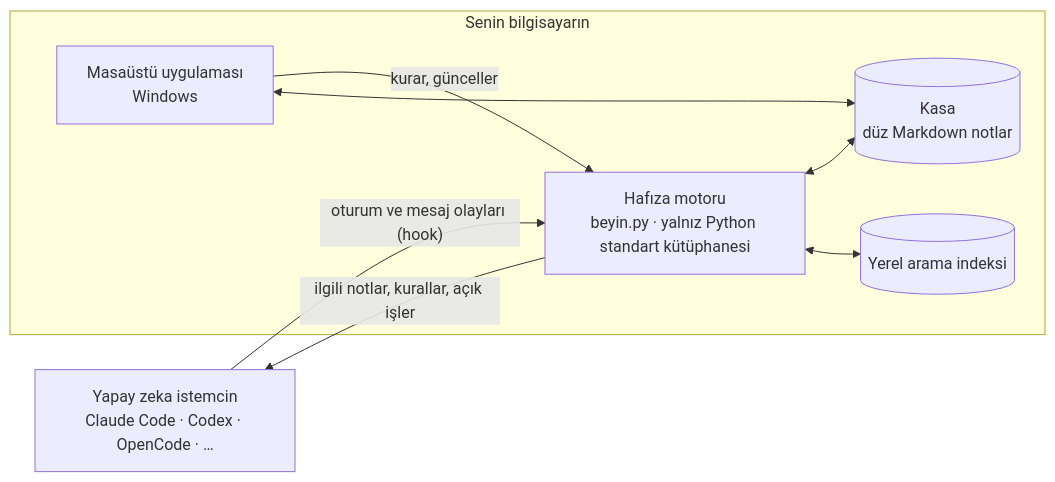
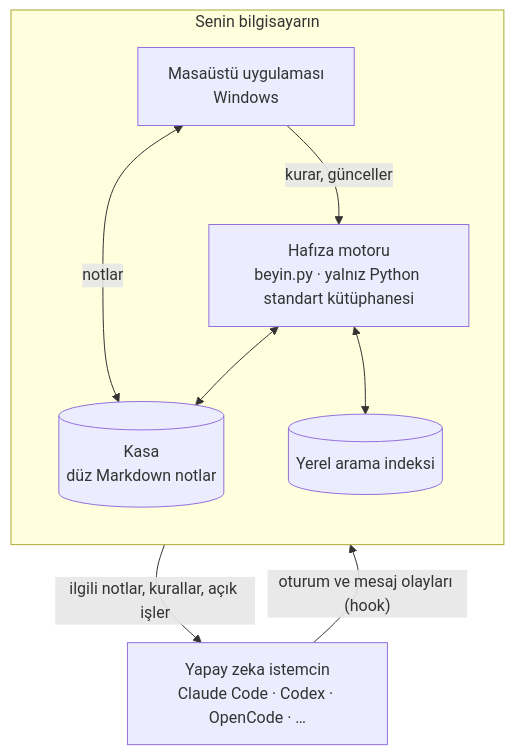
The diagram in README.md (GunduzTolga/Cortex), drawn with Mermaid before and after one commit.

Commit message:
README: mimari şeması kesişmeyen yerleşimle
Mermaid'de yukarıdan aşağı: istemci, motor, kasa ve indeks, uygulama; oklar kesişmiyor.
mermaid 11.4.1 ile çizilerek denendi.

````diff
--- a/README.md
+++ b/README.md
@@ -99,16 +99,17 @@
 ```mermaid
-flowchart LR
+flowchart TB
   C["Yapay zeka istemcin<br/>Claude Code · Codex · OpenCode · …"]
   subgraph PC["Senin bilgisayarın"]
+    direction TB
     M["Hafıza motoru<br/>beyin.py · yalnız Python standart kütüphanesi"]
     K[("Kasa<br/>düz Markdown notlar")]
     I[("Yerel arama indeksi")]
     A["Masaüstü uygulaması<br/>Windows"]
   end
   C -- "oturum ve mesaj olayları (hook)" --> M
   M -- "ilgili notlar, kurallar, açık işler" --> C
   M <--> K
   M <--> I
   A -- "kurar, günceller" --> M
-  A <--> K
+  A <-- "notlar" --> K
 ```
````
